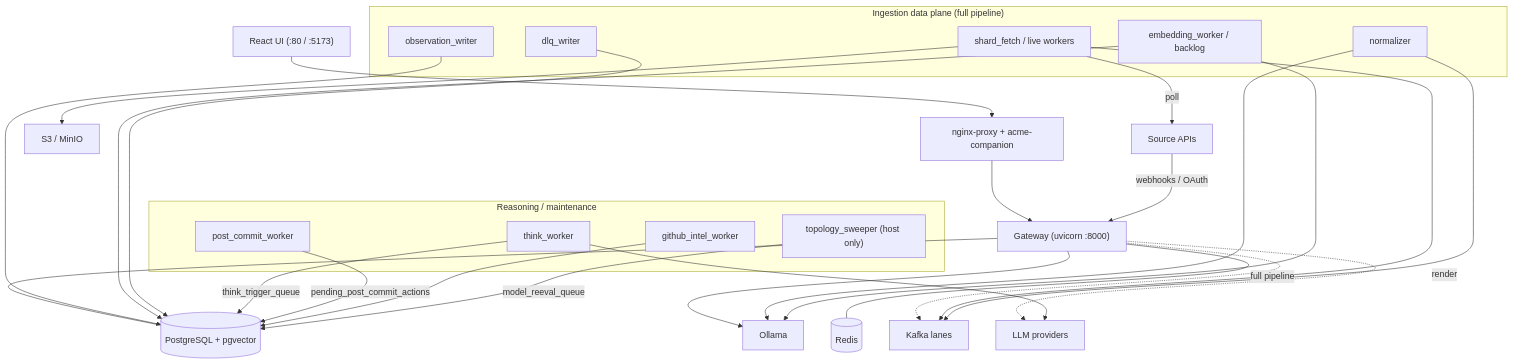
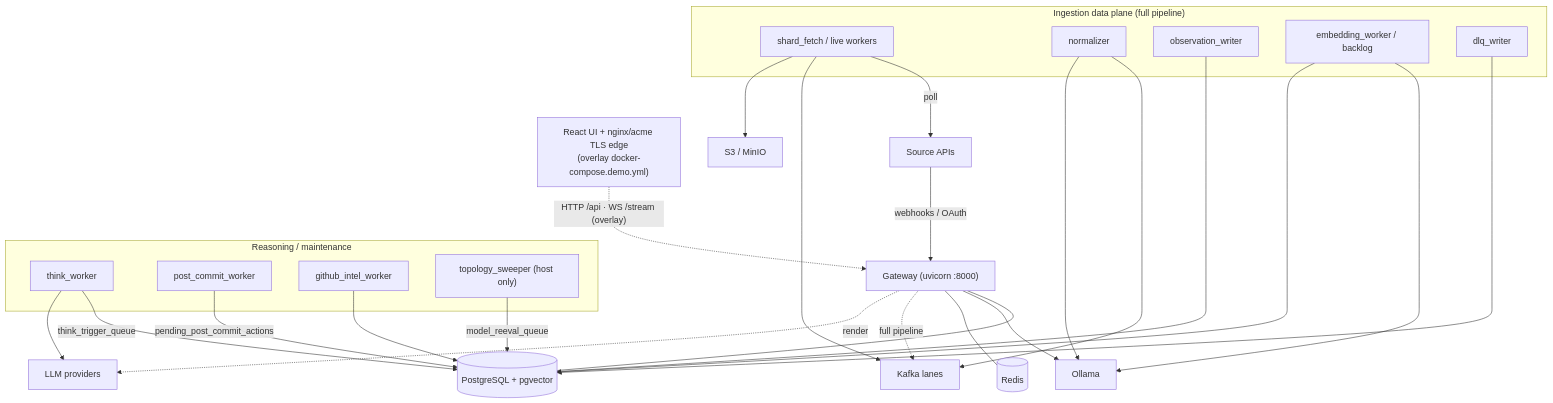
One commit to Fyralisinc/fyraliscore changed the ninth of 13 diagrams in FYRALIS.md. Above: the diagram before and after it, drawn with Mermaid. The commit also changed other lines of this file and 356 other files, not shown here.

````diff
--- a/FYRALIS.md
+++ b/FYRALIS.md
@@ -878,53 +887,52 @@
 ```mermaid
 graph TD
-    UI["React UI (:80 / :5173)"]
-    NGINX["nginx-proxy + acme-companion"]
+    UI["React UI + nginx/acme TLS edge<br/>(overlay docker-compose.demo.yml)"]
     GW["Gateway (uvicorn :8000)"]
 
     subgraph ingrestore["Ingestion data plane (full pipeline)"]
       FETCH["shard_fetch / live workers"]
       NORM["normalizer"]
       OW["observation_writer"]
       EW["embedding_worker / backlog"]
       DLQ["dlq_writer"]
     end
 
     subgraph reasoning["Reasoning / maintenance"]
       THINK["think_worker"]
       PCW["post_commit_worker"]
       GHI["github_intel_worker"]
       SWEEP["topology_sweeper (host only)"]
     end
 
     PG[("PostgreSQL + pgvector")]
     OLLAMA["Ollama"]
     REDIS[("Redis")]
     KAFKA["Kafka lanes"]
     S3["S3 / MinIO"]
     EXT["Source APIs"]
     LLM["LLM providers"]
 
-    UI --> NGINX --> GW
+    UI -. "HTTP /api · WS /stream (overlay)" .-> GW
     EXT -->|"webhooks / OAuth"| GW
     GW --- PG
     GW --> OLLAMA
     GW --- REDIS
     GW -. "full pipeline" .-> KAFKA
     GW -. "render" .-> LLM
 
     FETCH -->|"poll"| EXT
     FETCH --> KAFKA
     FETCH --> S3
     NORM --> KAFKA
     NORM --> OLLAMA
     OW --> PG
     EW --> OLLAMA
     EW --> PG
     DLQ --> PG
 
     THINK -->|"think_trigger_queue"| PG
     THINK --> LLM
     PCW -->|"pending_post_commit_actions"| PG
     GHI --> PG
     SWEEP -->|"model_reeval_queue"| PG
 ```
````
